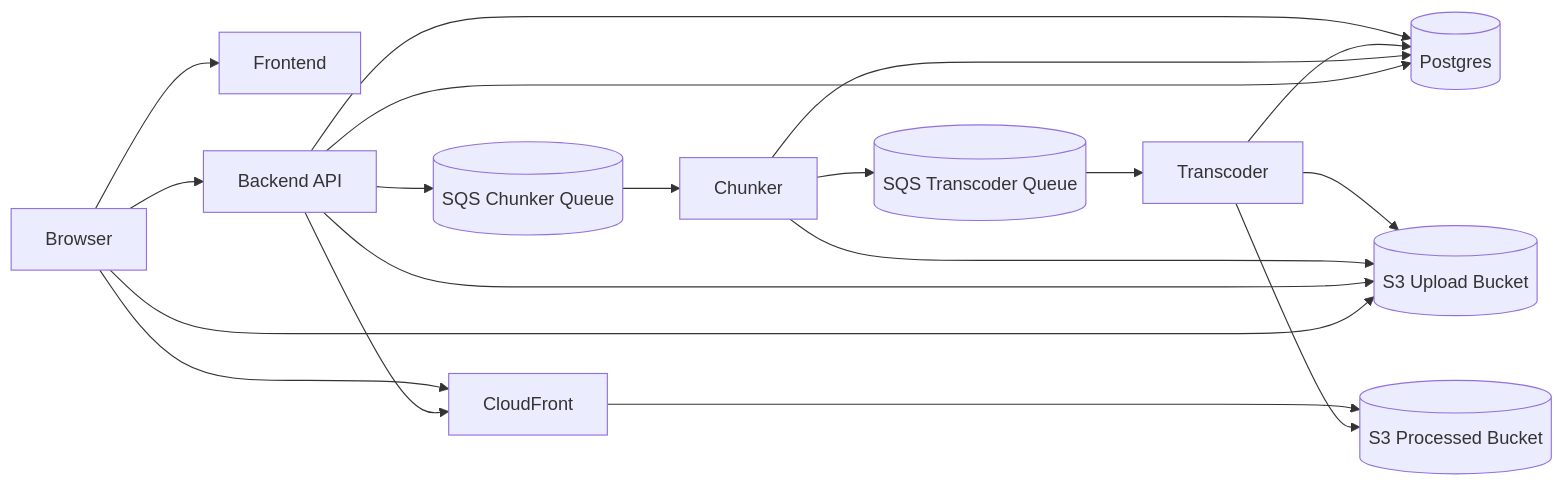
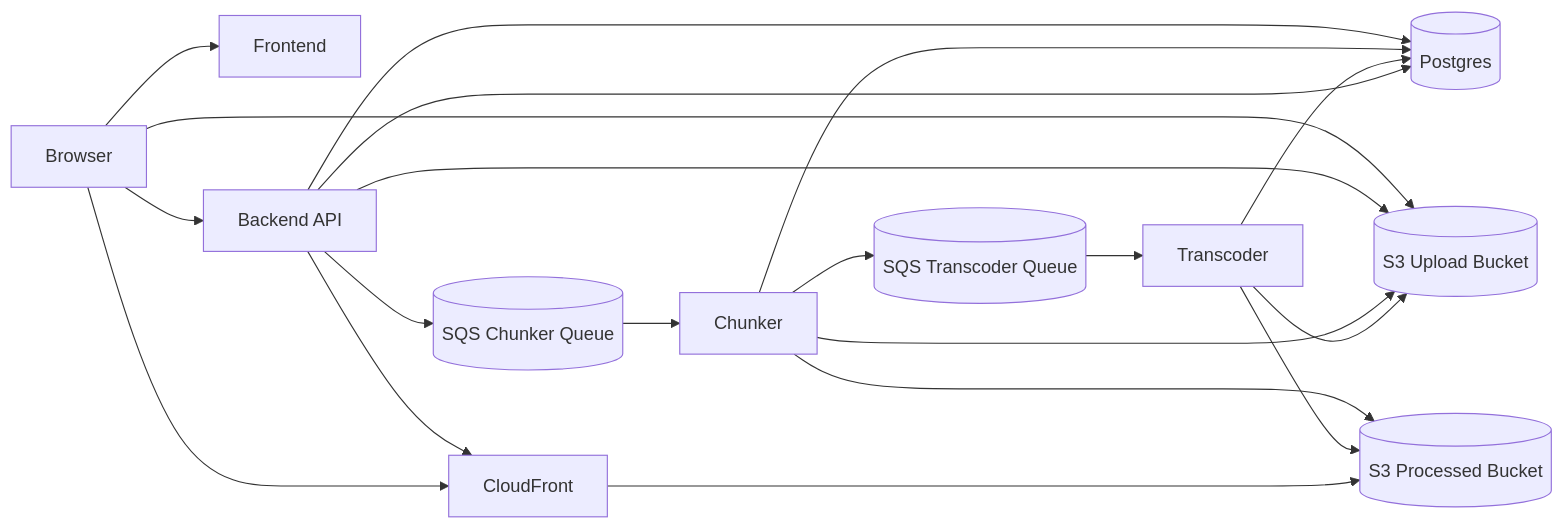
The first of 2 diagrams in docs/architecture.md (rafal01010/vid-archi), drawn with Mermaid before and after one commit. The commit also changed other lines of this file and 5 other files, not shown here.

````diff
--- a/docs/architecture.md
+++ b/docs/architecture.md
@@ -7,33 +7,34 @@
 ```mermaid
 flowchart LR
     Browser[Browser]
     Frontend[Frontend]
     API[Backend API]
     DB[(Postgres)]
     Upload[(S3 Upload Bucket)]
     Processed[(S3 Processed Bucket)]
     ChunkerQueue[(SQS Chunker Queue)]
     TranscoderQueue[(SQS Transcoder Queue)]
     Chunker[Chunker]
     Transcoder[Transcoder]
     CDN[CloudFront]
 
     Browser --> Frontend
     Browser --> API
     Browser --> Upload
     API --> DB
     API --> Upload
     API --> ChunkerQueue
     ChunkerQueue --> Chunker
     Chunker --> DB
     Chunker --> Upload
+    Chunker --> Processed
     Chunker --> TranscoderQueue
     TranscoderQueue --> Transcoder
     Transcoder --> DB
     Transcoder --> Upload
     Transcoder --> Processed
     API --> DB
     API --> CDN
     Browser --> CDN
     CDN --> Processed
 ```
````
